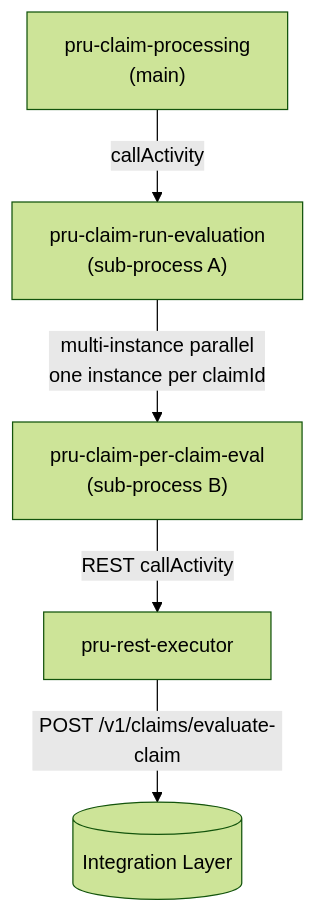
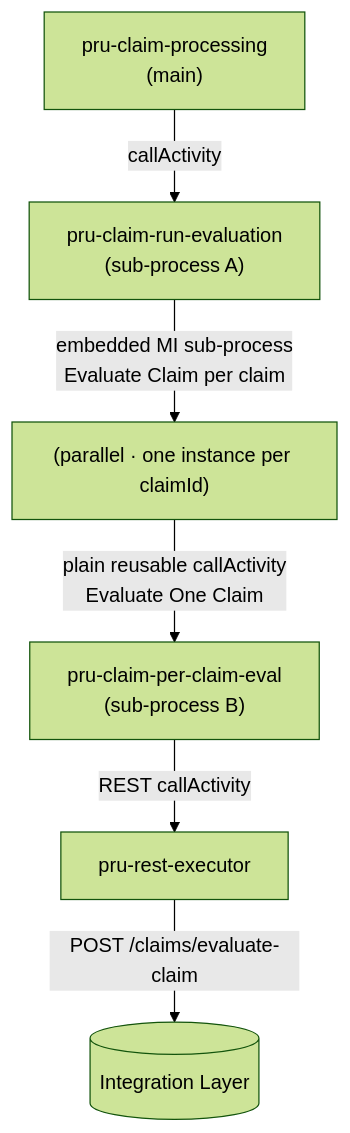
Before and after one commit to Avinashkumar8694/prudential-claims-bpm: the diagram in docs/pru_claim_evaluation_solution.md, drawn with Mermaid (forest theme). The commit also changed other lines of this file and 1 other file, not shown here.

````diff
--- a/docs/pru_claim_evaluation_solution.md
+++ b/docs/pru_claim_evaluation_solution.md
@@ -18,7 +18,8 @@
 ```mermaid
 graph TD
     MAIN["pru-claim-processing<br/>(main)"] -->|callActivity| A["pru-claim-run-evaluation<br/>(sub-process A)"]
-    A -->|multi-instance parallel<br/>one instance per claimId| B["pru-claim-per-claim-eval<br/>(sub-process B)"]
+    A -->|embedded MI sub-process<br/>Evaluate Claim per claim| MI["(parallel · one instance per claimId)"]
+    MI -->|plain reusable callActivity<br/>Evaluate One Claim| B["pru-claim-per-claim-eval<br/>(sub-process B)"]
     B -->|REST callActivity| RX["pru-rest-executor"]
-    RX -->|POST /v1/claims/evaluate-claim| API[(Integration Layer)]
+    RX -->|POST /claims/evaluate-claim| API[(Integration Layer)]
 ```
````
